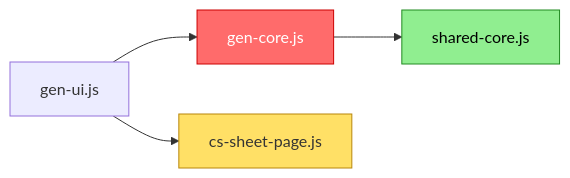
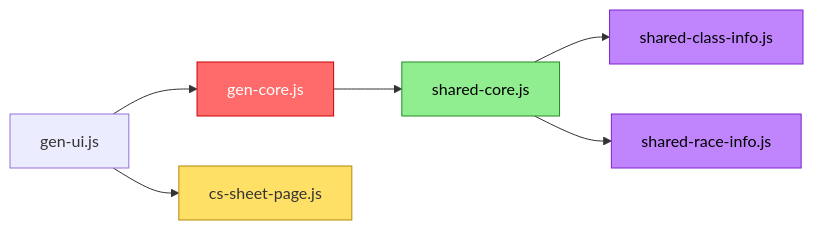
One commit to bmfrosty/ose-level-0 changed the second of 2 diagrams in FLOWCHART.md. Above: the diagram before and after it, drawn with Mermaid. The commit also changed other lines of this file and 13 other files, not shown here.

````diff
--- a/FLOWCHART.md
+++ b/FLOWCHART.md
@@ -44,27 +54,36 @@
 ```mermaid
 flowchart LR
-    classDef shared  fill:#90EE90,stroke:#228B22,color:#000
-    classDef genOnly fill:#ff6b6b,stroke:#c00,color:#fff
-    classDef csOnly  fill:#6bb5ff,stroke:#0066cc,color:#000
+    classDef shared   fill:#90EE90,stroke:#228B22,color:#000
+    classDef genOnly  fill:#ff6b6b,stroke:#c00,color:#fff
+    classDef csOnly   fill:#6bb5ff,stroke:#0066cc,color:#000
+    classDef dataLeaf fill:#c084fc,stroke:#7e22ce,color:#000
 
     genui["gen-ui.js"]
 
     %% green — shared-core.js (reached via gen-core.js)
     core["shared-core.js"]
 
     %% red — gen-ui.js flow only
     gencore["gen-core.js"]
 
     %% yellow — present but not expanded (root of other diagram)
     csjs["cs-sheet-page.js"]
 
+    %% purple — data-only leaf modules
+    classinfo["shared-class-info.js"]
+    raceinfo["shared-race-info.js"]
+
     class core shared
     class gencore genOnly
+    class classinfo dataLeaf
+    class raceinfo dataLeaf
     style csjs fill:#ffe066,stroke:#b8860b,color:#333
 
     %% gen-ui.js static imports
     genui --> gencore
     genui --> csjs
 
     gencore --> core
+    core --> classinfo
+    core --> raceinfo
 ```
````
